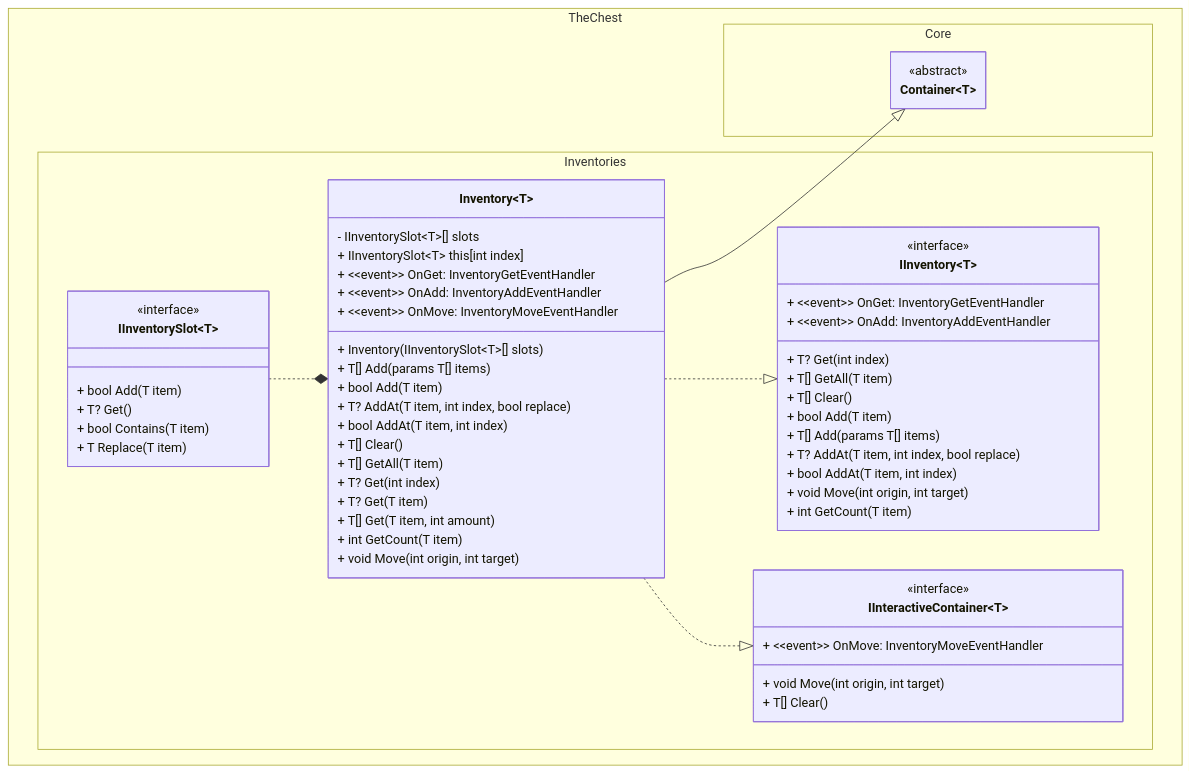
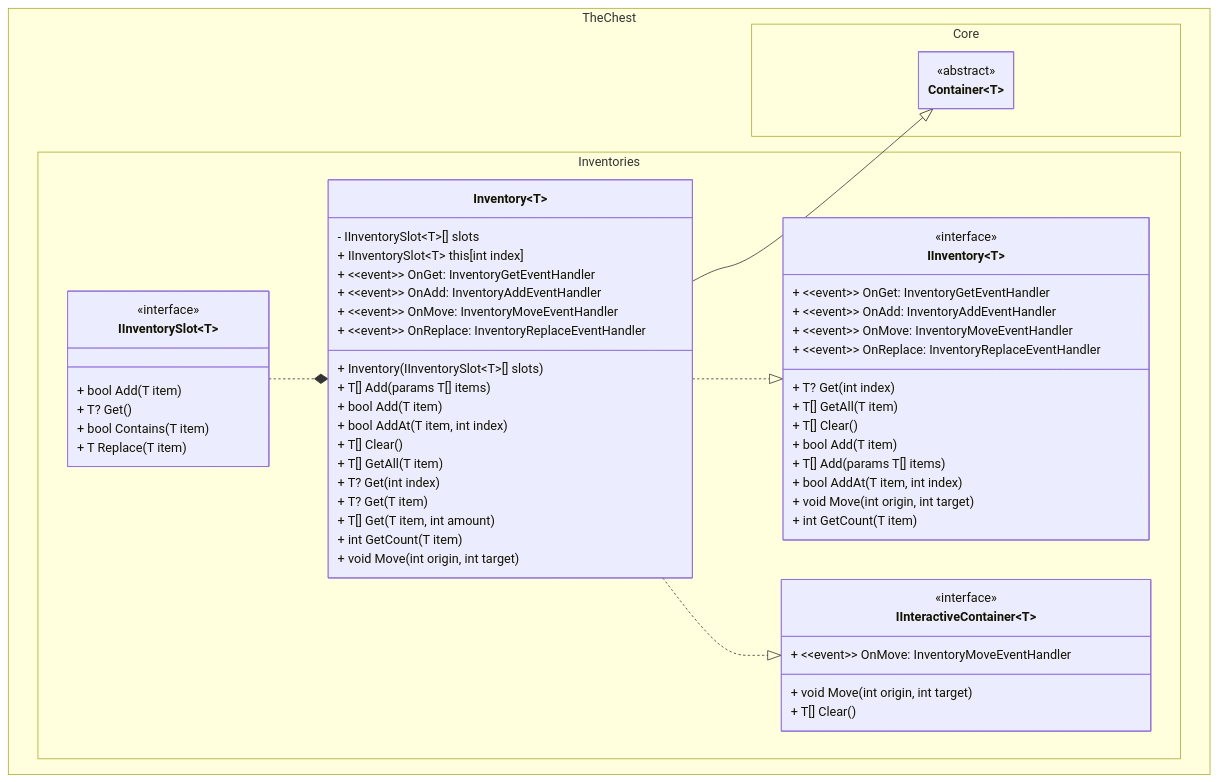
The first of 2 diagrams in docs/inventory/class_diagram.md (The-Chest/TheChest.Inventories), drawn with Mermaid before and after one commit. The commit also changed 3 other files, not shown here.

````diff
--- a/docs/inventory/class_diagram.md
+++ b/docs/inventory/class_diagram.md
@@ -4,70 +4,71 @@
 ```mermaid
 ---
 config:
   theme: mc
   look: classic
   class:
     hideEmptyMembersBox: true
 ---
 classDiagram
 direction TB
 	namespace TheChest.Core {
         class Container~T~ {
         }
 	}
 	namespace TheChest.Inventories {
         class IInventory~T~ {
 	        + ~~event~~ OnGet: InventoryGetEventHandler 
 	        + ~~event~~ OnAdd: InventoryAddEventHandler 
+	        + ~~event~~ OnMove: InventoryMoveEventHandler 
+	        + ~~event~~ OnReplace: InventoryReplaceEventHandler 
             + T? Get(int index)
 	        + T[] GetAll(T item)
 	        + T[] Clear()
 	        + bool Add(T item)
 	        + T[] Add(params T[] items)
-	        + T? AddAt(T item, int index, bool replace)
 	        + bool AddAt(T item, int index)
 	        + void Move(int origin, int target)
 	        + int GetCount(T item)
         }
         class IInventorySlot~T~ {
 	        + bool Add(T item)
 	        + T? Get()
 	        + bool Contains(T item)
 	        + T Replace(T item)
         }
         class Inventory~T~ {
 	        - IInventorySlot~T~[] slots
 	        + IInventorySlot~T~ this[int index]
 	        + ~~event~~ OnGet: InventoryGetEventHandler 
 	        + ~~event~~ OnAdd: InventoryAddEventHandler 
-            + ~~event~~ OnMove: InventoryMoveEventHandler 
+	        + ~~event~~ OnMove: InventoryMoveEventHandler 
+	        + ~~event~~ OnReplace: InventoryReplaceEventHandler 
 	        + Inventory(IInventorySlot~T~[] slots)
             + T[] Add(params T[] items)
 	        + bool Add(T item)
-	        + T? AddAt(T item, int index, bool replace)
 	        + bool AddAt(T item, int index)
 	        + T[] Clear()
 	        + T[] GetAll(T item)
 	        + T? Get(int index)
 	        + T? Get(T item)
 	        + T[] Get(T item, int amount)
 	        + int GetCount(T item)
 	        + void Move(int origin, int target)
         }
         class IInteractiveContainer~T~{
 	        + ~~event~~ OnMove: InventoryMoveEventHandler 
             + void Move(int origin, int target)
             + T[] Clear()
         } 
 	}
 
 	<<abstract>> Container
 	<<interface>> IInventory
 	<<interface>> IInventorySlot
 	<<interface>> IInteractiveContainer
 
     Inventory --|> Container
     Inventory ..|> IInventory
     Inventory ..|> IInteractiveContainer
     IInventorySlot ..* Inventory
 ```
````
